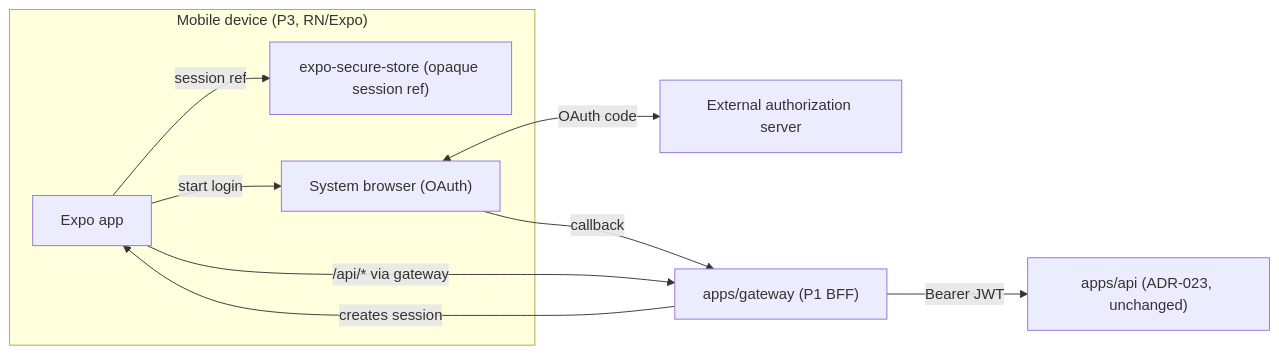
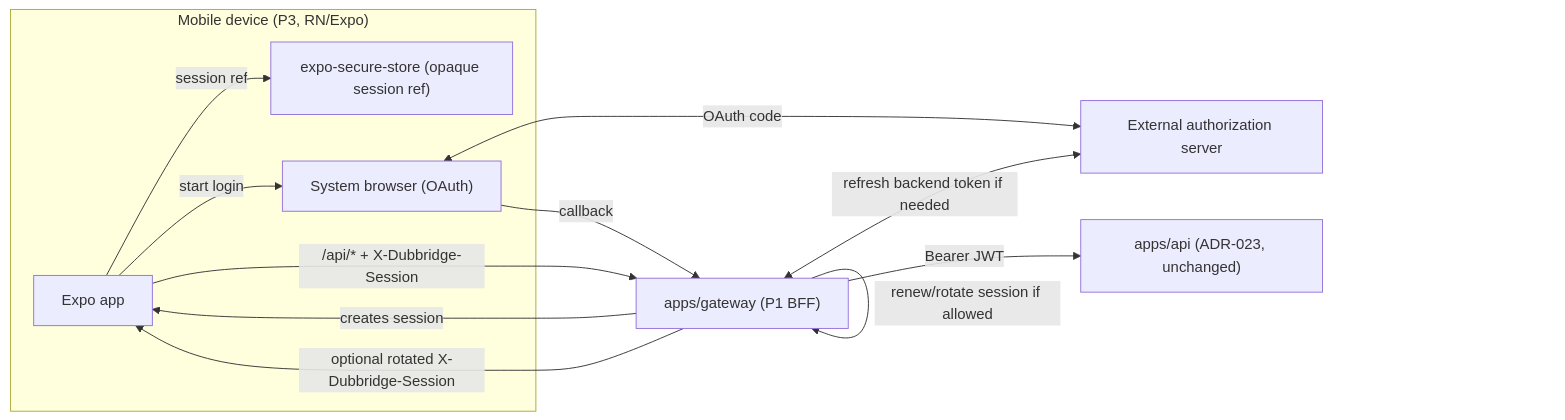
The diagram in docs/plan/p3-mobile-client.md (krukmat/dubbridge), drawn with Mermaid before and after one commit. The commit also changed other lines of this file and 41 other files, not shown here.

````diff
--- a/docs/plan/p3-mobile-client.md
+++ b/docs/plan/p3-mobile-client.md
@@ -148,20 +168,23 @@
 ```mermaid
 flowchart LR
     subgraph Device["Mobile device (P3, RN/Expo)"]
         App["Expo app"]
         SS["expo-secure-store (opaque session ref)"]
         Br["System browser (OAuth)"]
     end
 
     GW["apps/gateway (P1 BFF)"]
     AS["External authorization server"]
     API["apps/api (ADR-023, unchanged)"]
 
     App -- session ref --> SS
     App -- start login --> Br
     Br <-- OAuth code --> AS
     Br -- callback --> GW
     GW -- creates session --> App
-    App -- /api/* via gateway --> GW
+    App -- "/api/* + X-Dubbridge-Session" --> GW
+    GW -- "renew/rotate session if allowed" --> GW
+    GW <-- "refresh backend token if needed" --> AS
     GW -- Bearer JWT --> API
+    GW -- "optional rotated X-Dubbridge-Session" --> App
 ```
````
